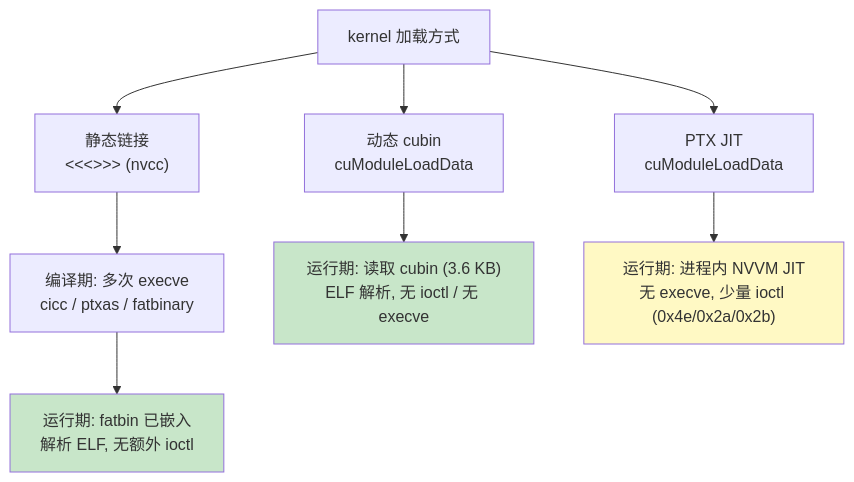
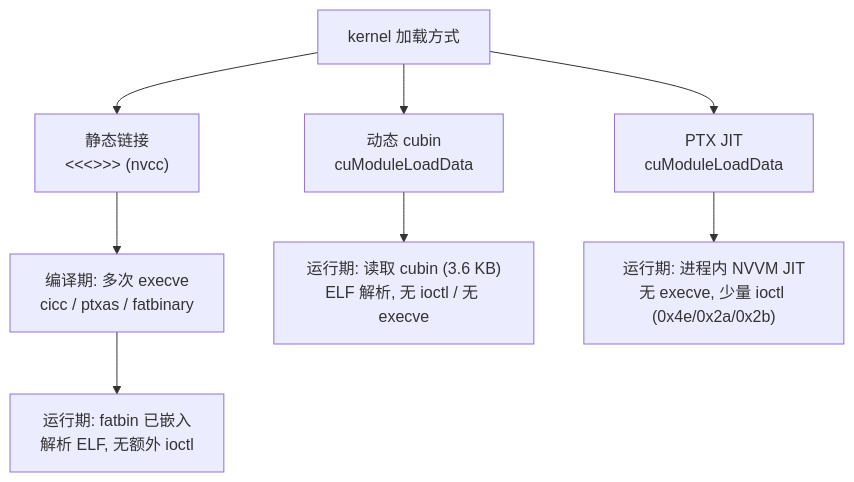
The diagram in source/_static/module_load_paths.mmd (noisystreet/deep_dive_into_cuda), drawn with Mermaid before and after one commit. The commit also changed 26 other files, not shown here.

First line of the commit message:
Mermaid 图统一黑白样式：去除节点彩色色块

```diff
--- a/source/_static/module_load_paths.mmd
+++ b/source/_static/module_load_paths.mmd
@@ -1,12 +1,9 @@
 flowchart TB
     ROOT["kernel 加载方式"]
     ROOT --> S["静态链接<br/>&lt;&lt;&lt;&gt;&gt;&gt; (nvcc)"]
     ROOT --> C["动态 cubin<br/>cuModuleLoadData"]
     ROOT --> P["PTX JIT<br/>cuModuleLoadData"]
     S --> S1["编译期: 多次 execve<br/>cicc / ptxas / fatbinary"]
     S1 --> S2["运行期: fatbin 已嵌入<br/>解析 ELF, 无额外 ioctl"]
     C --> C1["运行期: 读取 cubin (3.6 KB)<br/>ELF 解析, 无 ioctl / 无 execve"]
     P --> P1["运行期: 进程内 NVVM JIT<br/>无 execve, 少量 ioctl (0x4e/0x2a/0x2b)"]
-    style S2 fill:#c8e6c9
-    style C1 fill:#c8e6c9
-    style P1 fill:#fff9c4
```
